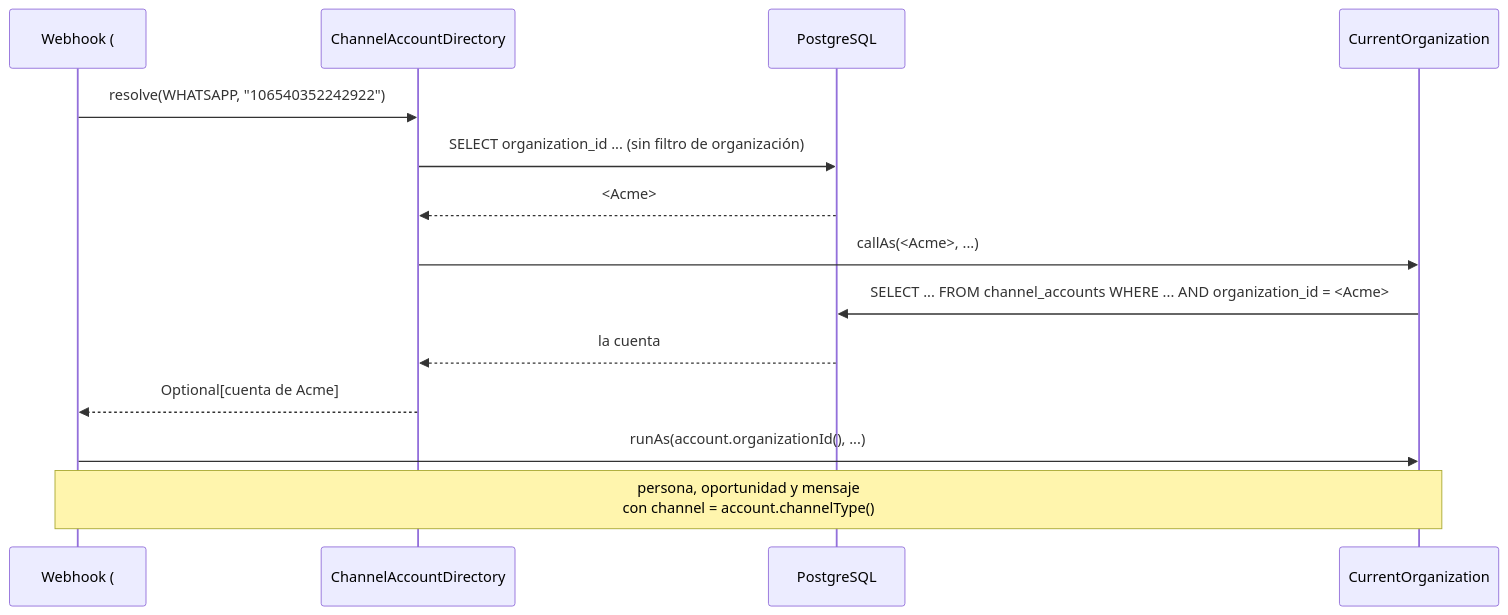
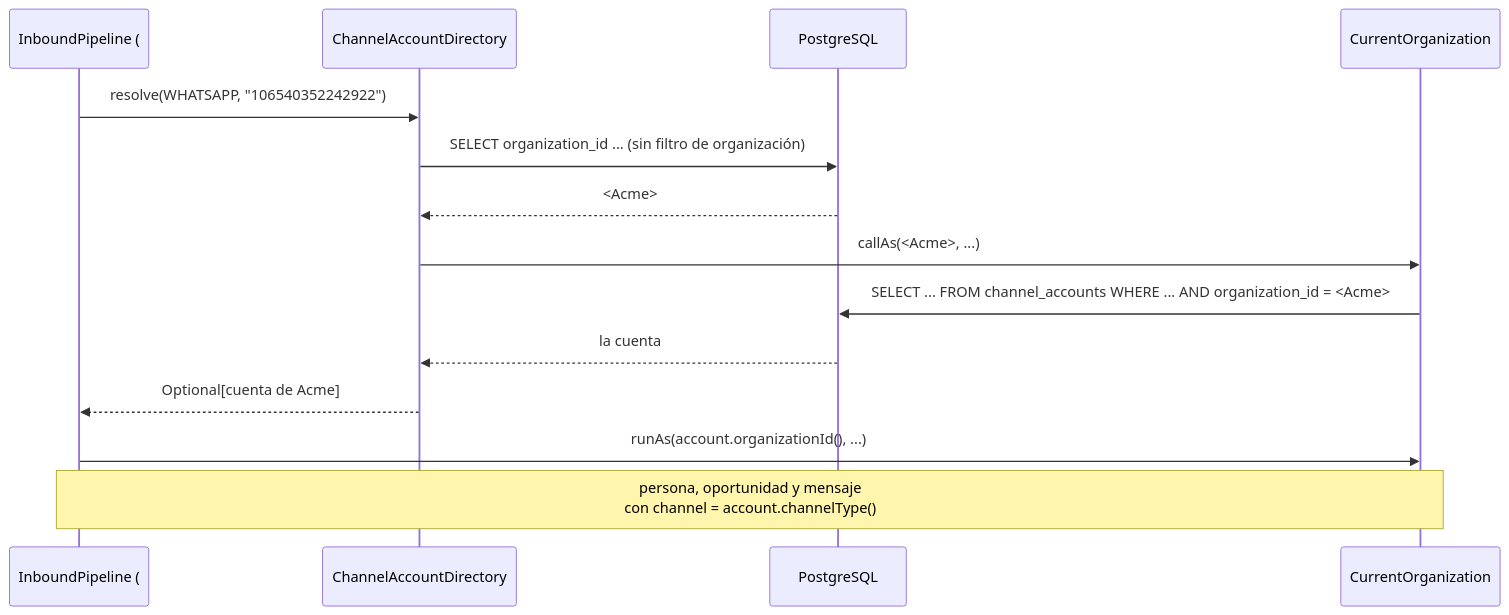
The second of 6 diagrams in docs/canales.md (zapmaxvevo/communicator-one), drawn with Mermaid before and after one commit. The commit also changed other lines of this file and 13 other files, not shown here.

````diff
--- a/docs/canales.md
+++ b/docs/canales.md
@@ -151,16 +168,16 @@
 ```mermaid
 sequenceDiagram
-    participant W as Webhook (#10)
+    participant W as InboundPipeline (#10)
     participant D as ChannelAccountDirectory
     participant DB as PostgreSQL
     participant CO as CurrentOrganization
     W->>D: resolve(WHATSAPP, "106540352242922")
     D->>DB: SELECT organization_id ... (sin filtro de organización)
     DB-->>D: <Acme>
     D->>CO: callAs(<Acme>, ...)
     CO->>DB: SELECT ... FROM channel_accounts WHERE ... AND organization_id = <Acme>
     DB-->>D: la cuenta
     D-->>W: Optional[cuenta de Acme]
     W->>CO: runAs(account.organizationId(), ...)
     Note over W,CO: persona, oportunidad y mensaje<br/>con channel = account.channelType()
 ```
````
